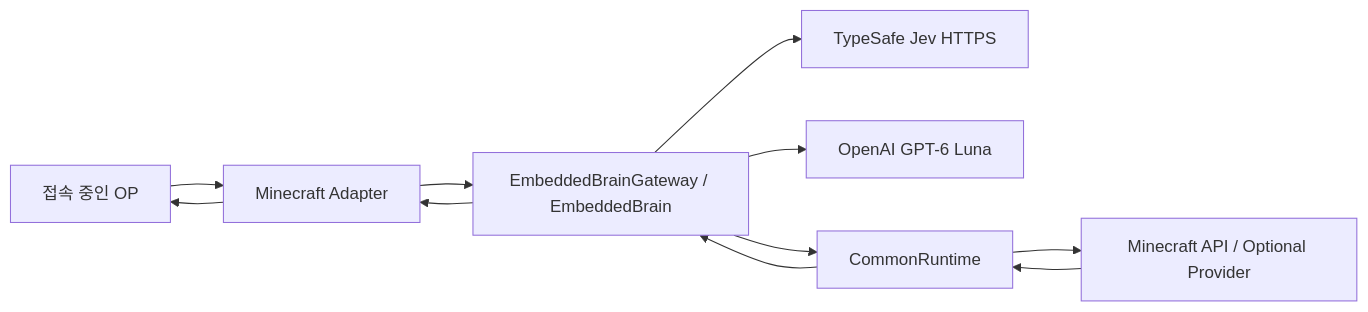
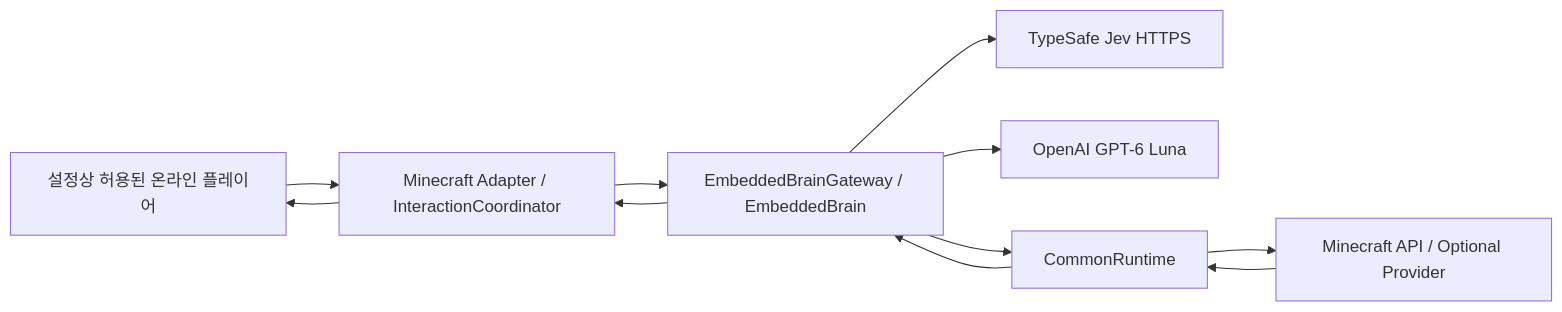
One commit to Kardane/JarvisMinecraft changed the diagram in docs/architecture.md. Above: the diagram before and after it, drawn with Mermaid. The commit also changed other lines of this file and 5 other files, not shown here.

````diff
--- a/docs/architecture.md
+++ b/docs/architecture.md
@@ -10,13 +10,13 @@
 ```mermaid
 flowchart LR
-  OP["접속 중인 OP"] --> AD["Minecraft Adapter"]
+  P["설정상 허용된 온라인 플레이어"] --> AD["Minecraft Adapter / InteractionCoordinator"]
   AD --> EB["EmbeddedBrainGateway / EmbeddedBrain"]
   EB --> JV["TypeSafe Jev HTTPS"]
   EB --> GPT["OpenAI GPT-6 Luna"]
   EB --> CR["CommonRuntime"]
   CR --> API["Minecraft API / Optional Provider"]
   API --> CR
   CR --> EB
   EB --> AD
-  AD --> OP
+  AD --> P
 ```
````
